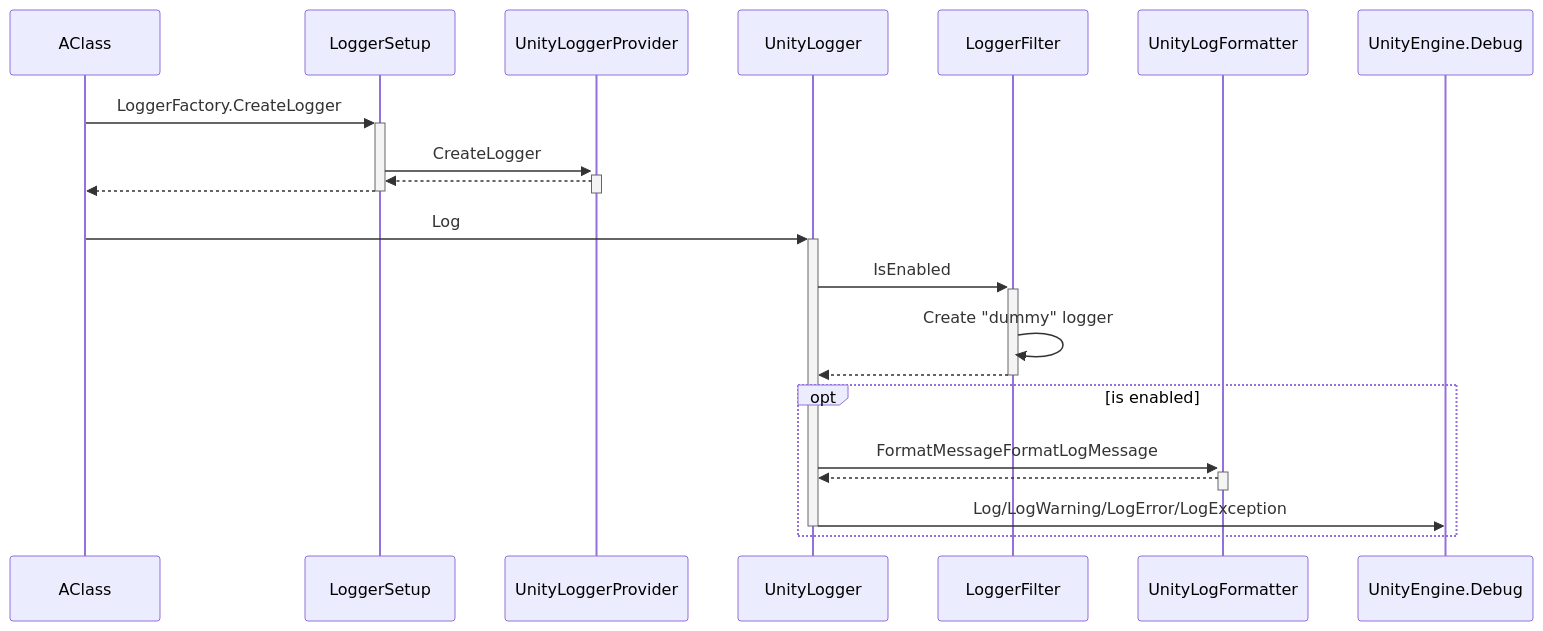
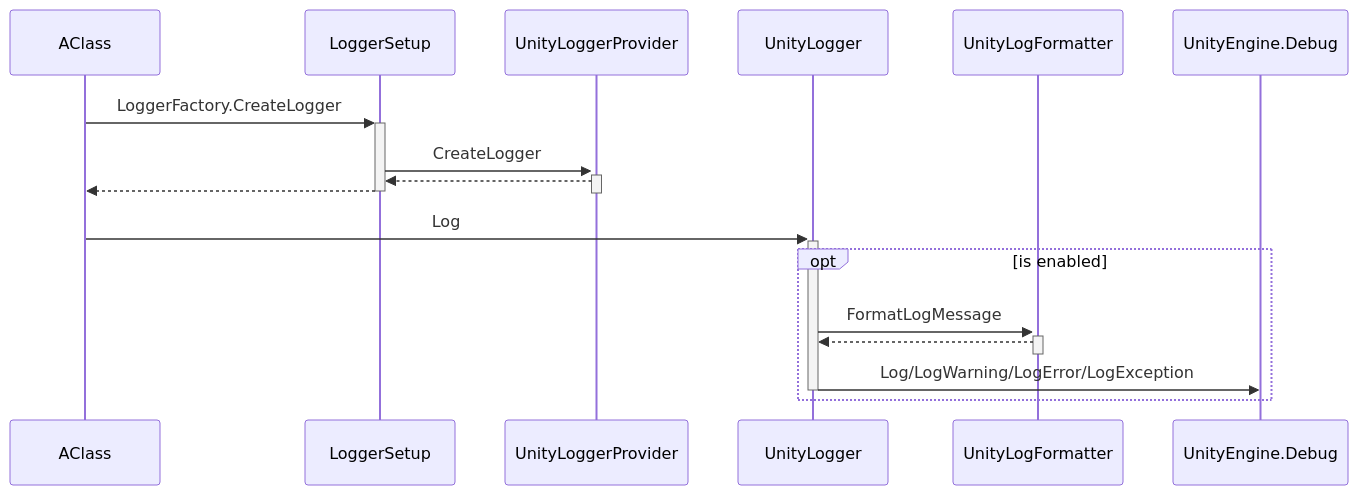
One commit to SimonVRANA/HelynLogger changed the second of 3 diagrams in com.helyn.unity.helynlogger/Doc/Technical.md. Above: the diagram before and after it, drawn with Mermaid. The commit also changed other lines of this file and 117 other files, not shown here.

````diff
--- a/com.helyn.unity.helynlogger/Doc/Technical.md
+++ b/com.helyn.unity.helynlogger/Doc/Technical.md
@@ -48,30 +46,25 @@
 ```mermaid
 sequenceDiagram
     participant AClass
     participant LoggerSetup
 
     AClass ->>+ LoggerSetup: LoggerFactory.CreateLogger
     participant UnityLoggerProvider
     LoggerSetup ->>+ UnityLoggerProvider: CreateLogger
     UnityLoggerProvider -->>- LoggerSetup:
     LoggerSetup -->>- AClass:
 
     participant UnityLogger
     AClass ->>+ UnityLogger: Log
 
-    participant LoggerFilter
-    UnityLogger ->>+ LoggerFilter: IsEnabled
-    LoggerFilter ->> LoggerFilter: Create "dummy" logger
-    LoggerFilter -->>- UnityLogger:
-
     opt is enabled
     participant UnityLogFormatter
-    UnityLogger ->>+ UnityLogFormatter: FormatMessageFormatLogMessage
+    UnityLogger ->>+ UnityLogFormatter: FormatLogMessage
     UnityLogFormatter -->>- UnityLogger:
 
     participant UnityEngine.Debug
     UnityLogger ->> UnityEngine.Debug: Log/LogWarning/LogError/LogException
     deactivate UnityLogger
     end
 
 ```
````
